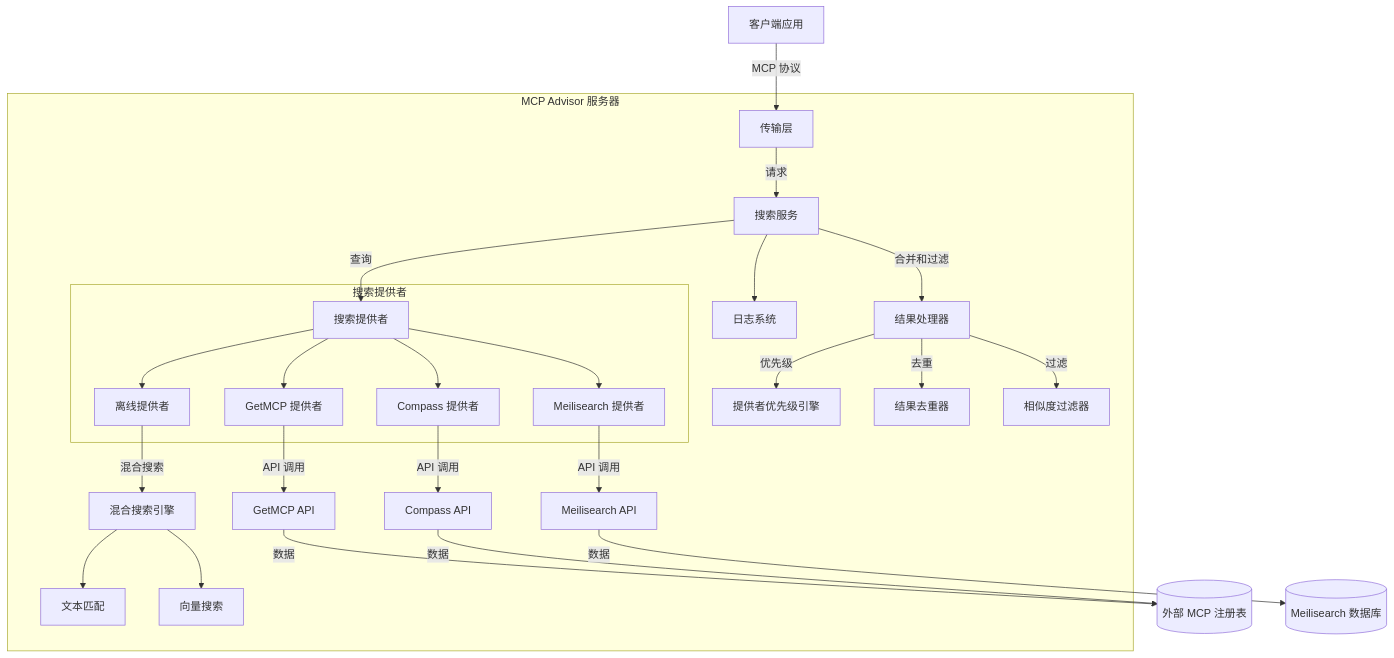
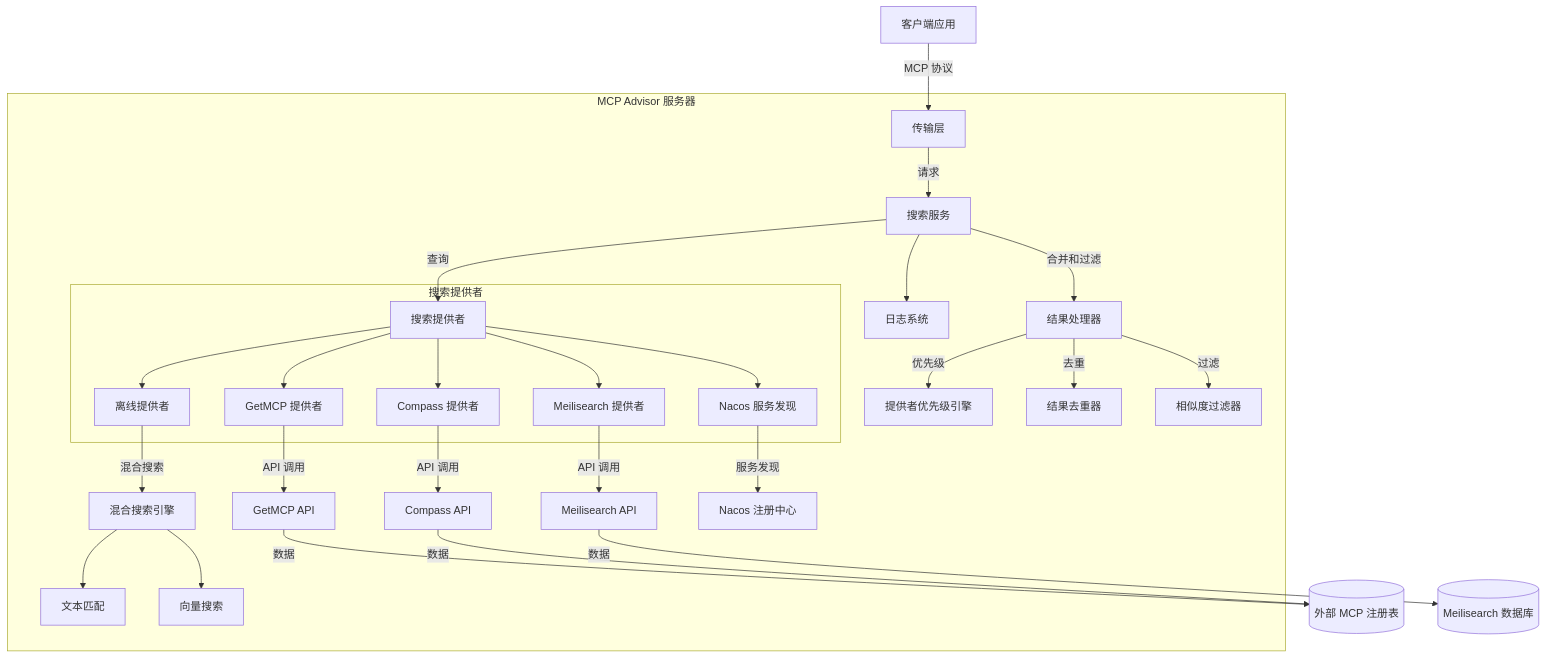
The first of 3 diagrams in docs/ARCHITECTURE.md (OI-OS/OI-mcpadvisor), drawn with Mermaid before and after one commit. The commit also changed 14 other files, not shown here.

First line of the commit message:
feat: Add Nacos provider for MCP server discovery

````diff
--- a/docs/ARCHITECTURE.md
+++ b/docs/ARCHITECTURE.md
@@ -19,35 +19,37 @@
 ```mermaid
 graph TD
     Client["客户端应用"] --> |"MCP 协议"| Transport["传输层"]
     
     subgraph "MCP Advisor 服务器"
         Transport --> |"请求"| SearchService["搜索服务"]
         SearchService --> |"查询"| Providers["搜索提供者"]
         
         subgraph "搜索提供者"
             Providers --> MeilisearchProvider["Meilisearch 提供者"]
             Providers --> GetMcpProvider["GetMCP 提供者"]
             Providers --> CompassProvider["Compass 提供者"]
+            Providers --> NacosProvider["Nacos 服务发现"]
             Providers --> OfflineProvider["离线提供者"]
         end
         
         OfflineProvider --> |"混合搜索"| HybridSearch["混合搜索引擎"]
         HybridSearch --> TextMatching["文本匹配"]
         HybridSearch --> VectorSearch["向量搜索"]
         
         MeilisearchProvider --> |"API 调用"| MeilisearchAPI["Meilisearch API"]
         GetMcpProvider --> |"API 调用"| GetMcpAPI["GetMCP API"]
         CompassProvider --> |"API 调用"| CompassAPI["Compass API"]
+        NacosProvider --> |"服务发现"| NacosServer["Nacos 注册中心"]
         
         SearchService --> |"合并和过滤"| ResultProcessor["结果处理器"]
         ResultProcessor --> |"优先级"| PriorityEngine["提供者优先级引擎"]
         ResultProcessor --> |"去重"| Deduplicator["结果去重器"]
         ResultProcessor --> |"过滤"| SimilarityFilter["相似度过滤器"]
         
         SearchService --> Logger["日志系统"]
     end
     
     GetMcpAPI --> |"数据"| ExternalMCPRegistry[("外部 MCP 注册表")]
     CompassAPI --> |"数据"| ExternalMCPRegistry
     MeilisearchAPI --> |"数据"| MeilisearchDB[("Meilisearch 数据库")]
 ```
````
